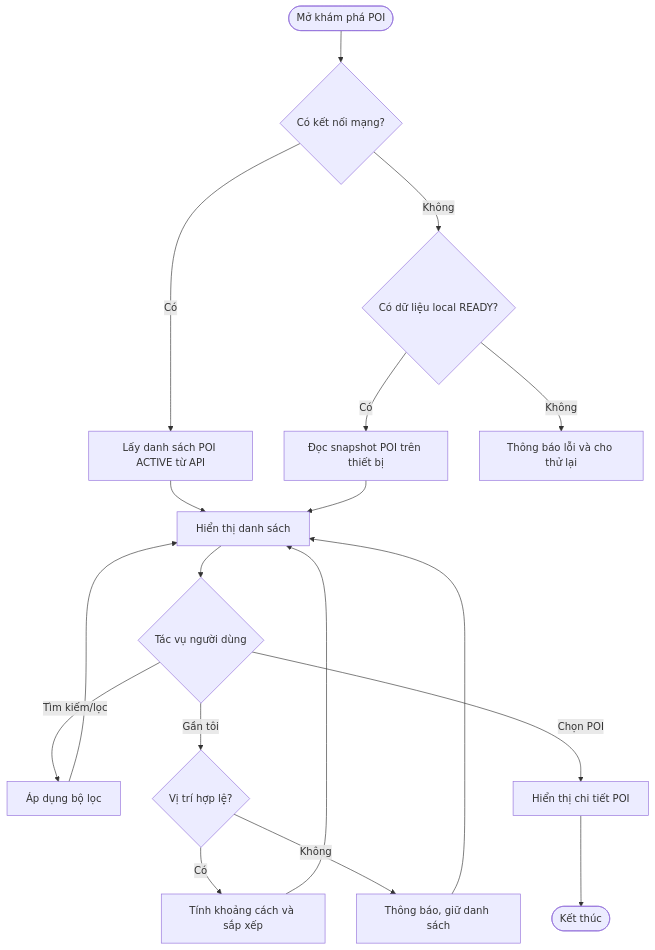
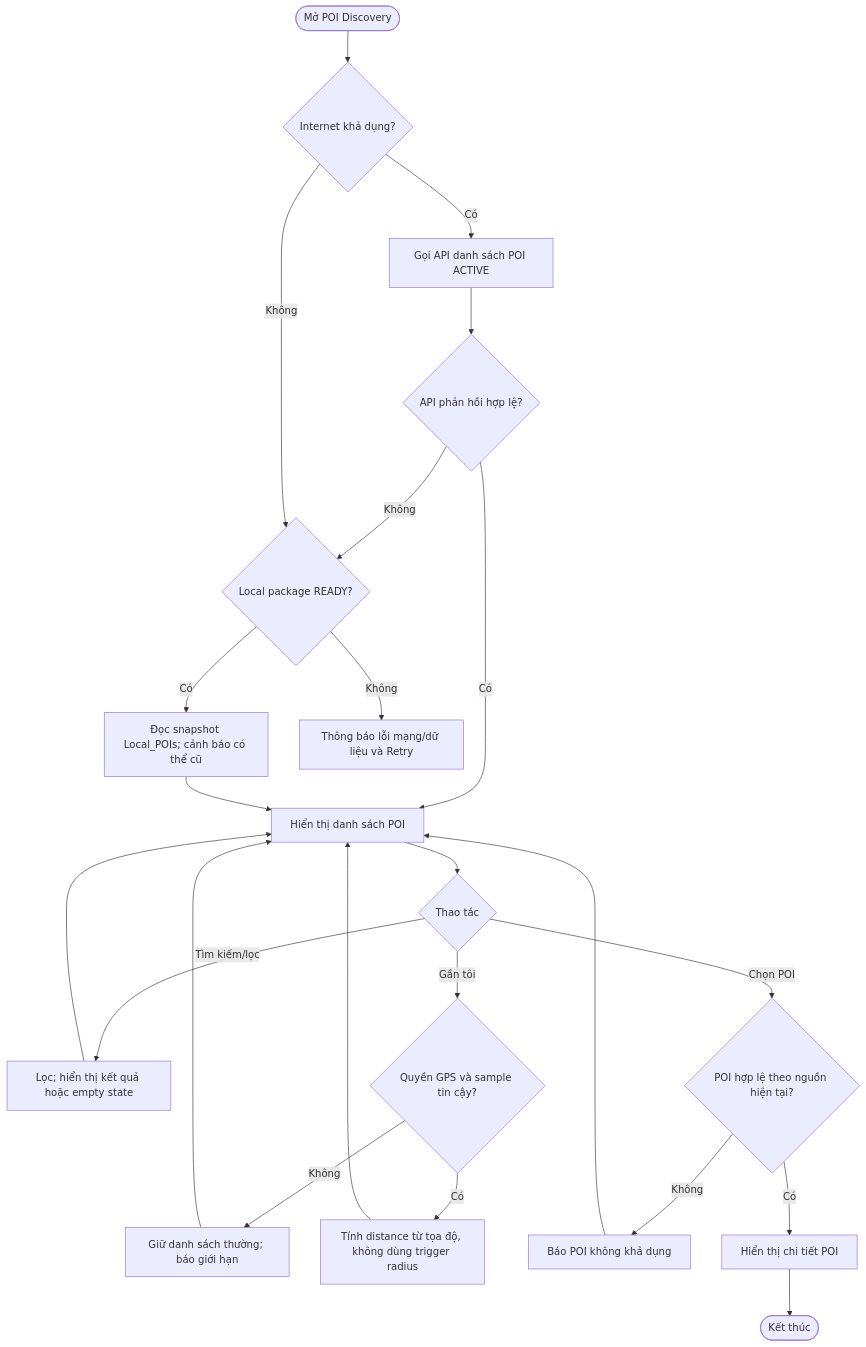
Before and after one commit to Ko4rut/multilingual-narration-backend: the diagram in docs/use-case/ft-m01-poi-discovery.md, drawn with Mermaid. The commit also changed other lines of this file, not shown here.

Commit message:
docs(use-case): cover connectivity and failure branches for ft-m01-poi-discovery

````diff
--- a/docs/use-case/ft-m01-poi-discovery.md
+++ b/docs/use-case/ft-m01-poi-discovery.md
@@ -34,16 +37,19 @@
 ```mermaid
 flowchart TD
-    A([Mở khám phá POI]) --> B{Có kết nối mạng?}
-    B -- Có --> C[Lấy danh sách POI ACTIVE từ API]
-    B -- Không --> D{Có dữ liệu local READY?}
-    D -- Có --> E[Đọc snapshot POI trên thiết bị]
-    D -- Không --> X[Thông báo lỗi và cho thử lại]
-    C --> F[Hiển thị danh sách]
-    E --> F
-    F --> G{Tác vụ người dùng}
-    G -- Tìm kiếm/lọc --> H[Áp dụng bộ lọc] --> F
-    G -- Gần tôi --> I{Vị trí hợp lệ?}
-    I -- Có --> J[Tính khoảng cách và sắp xếp] --> F
-    I -- Không --> K[Thông báo, giữ danh sách] --> F
-    G -- Chọn POI --> L[Hiển thị chi tiết POI] --> M([Kết thúc])
+ A([Mở POI Discovery]) --> B{Internet khả dụng?}
+ B -- Có --> C[Gọi API danh sách POI ACTIVE]
+ C --> D{API phản hồi hợp lệ?}
+ D -- Có --> F[Hiển thị danh sách POI]
+ D -- Không --> E{Local package READY?}
+ B -- Không --> E
+ E -- Có --> G[Đọc snapshot Local_POIs; cảnh báo có thể cũ] --> F
+ E -- Không --> X[Thông báo lỗi mạng/dữ liệu và Retry]
+ F --> H{Thao tác}
+ H -- Tìm kiếm/lọc --> I[Lọc; hiển thị kết quả hoặc empty state] --> F
+ H -- Gần tôi --> J{Quyền GPS và sample tin cậy?}
+ J -- Không --> K[Giữ danh sách thường; báo giới hạn] --> F
+ J -- Có --> L[Tính distance từ tọa độ, không dùng trigger radius] --> F
+ H -- Chọn POI --> M{POI hợp lệ theo nguồn hiện tại?}
+ M -- Không --> N[Báo POI không khả dụng] --> F
+ M -- Có --> O[Hiển thị chi tiết POI] --> P([Kết thúc])
 ```
````
